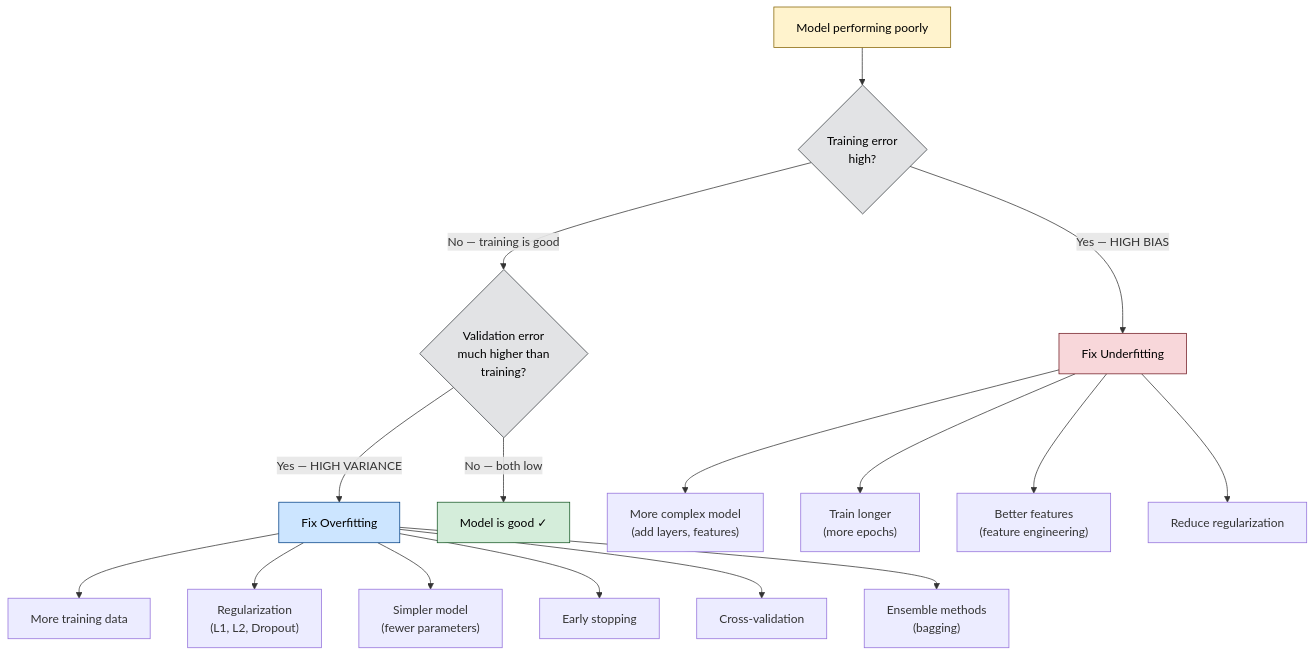
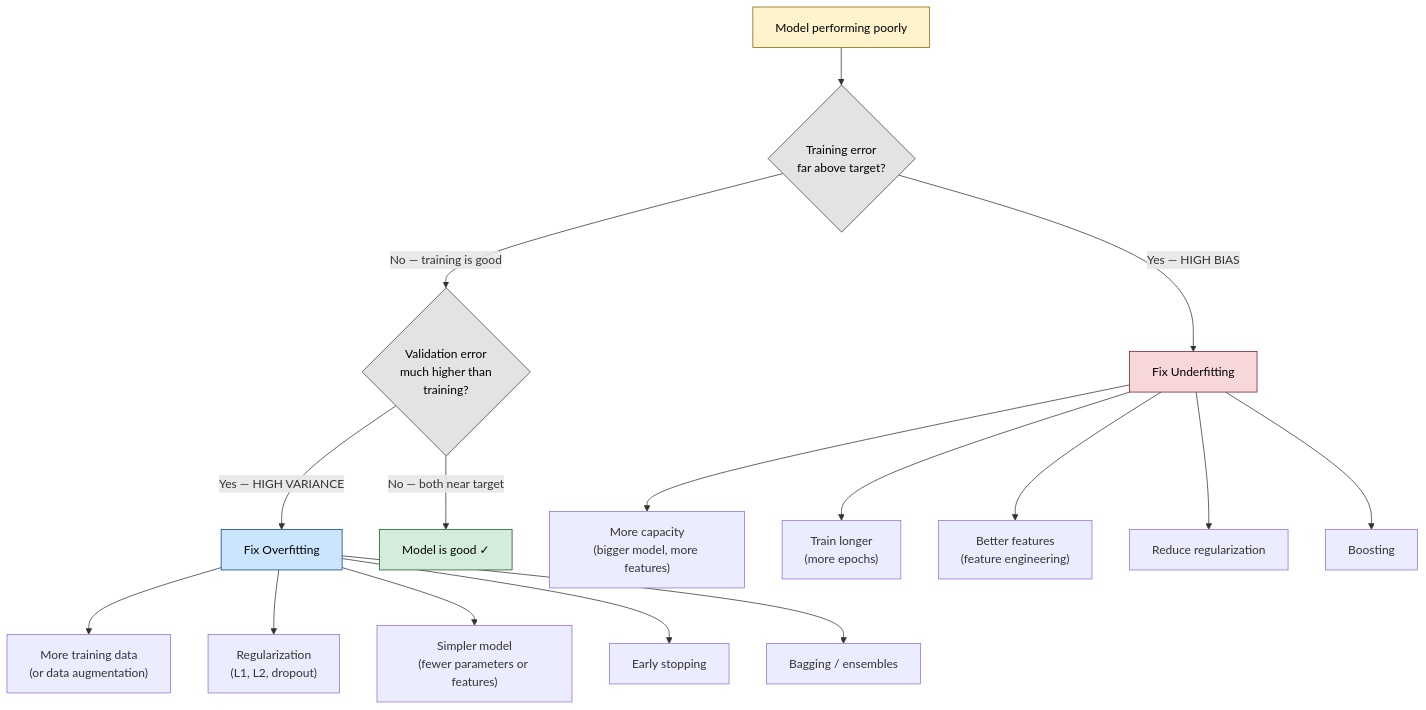
One commit to Hmago/ml4 changed the third of 47 diagrams in content/34_google_top10_ml_interview.md. Above: the diagram before and after it, drawn with Mermaid. The commit also changed other lines of this file and 59 other files, not shown here.

````diff
--- a/content/34_google_top10_ml_interview.md
+++ b/content/34_google_top10_ml_interview.md
@@ -180,27 +211,27 @@
 ```mermaid
 graph TD
-    START["Model performing poorly"] --> DIAG{"Training error<br/>high?"}
+    START["Model performing poorly"] --> DIAG{"Training error<br/>far above target?"}
     DIAG -->|"Yes — HIGH BIAS"| HB["Fix Underfitting"]
     DIAG -->|"No — training is good"| DIAG2{"Validation error<br/>much higher than<br/>training?"}
     DIAG2 -->|"Yes — HIGH VARIANCE"| HV["Fix Overfitting"]
-    DIAG2 -->|"No — both low"| GOOD["Model is good ✓"]
+    DIAG2 -->|"No — both near target"| GOOD["Model is good ✓"]
 
-    HB --> HB1["More complex model<br/>(add layers, features)"]
+    HB --> HB1["More capacity<br/>(bigger model, more features)"]
     HB --> HB2["Train longer<br/>(more epochs)"]
     HB --> HB3["Better features<br/>(feature engineering)"]
     HB --> HB4["Reduce regularization"]
+    HB --> HB5["Boosting"]
 
-    HV --> HV1["More training data"]
-    HV --> HV2["Regularization<br/>(L1, L2, Dropout)"]
-    HV --> HV3["Simpler model<br/>(fewer parameters)"]
+    HV --> HV1["More training data<br/>(or data augmentation)"]
+    HV --> HV2["Regularization<br/>(L1, L2, dropout)"]
+    HV --> HV3["Simpler model<br/>(fewer parameters or features)"]
     HV --> HV4["Early stopping"]
-    HV --> HV5["Cross-validation"]
-    HV --> HV6["Ensemble methods<br/>(bagging)"]
+    HV --> HV5["Bagging / ensembles"]
 
     style START fill:#fff3cd,stroke:#856404,color:#000
     style DIAG fill:#e2e3e5,stroke:#383d41,color:#000
     style DIAG2 fill:#e2e3e5,stroke:#383d41,color:#000
     style GOOD fill:#d4edda,stroke:#155724,color:#000
     style HB fill:#f8d7da,stroke:#721c24,color:#000
     style HV fill:#cce5ff,stroke:#004085,color:#000
 ```
````
